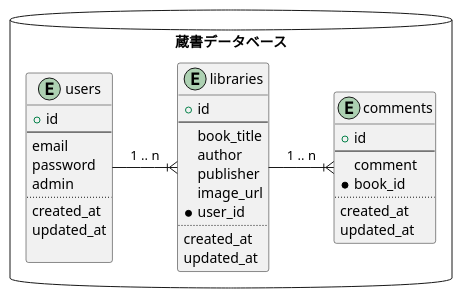
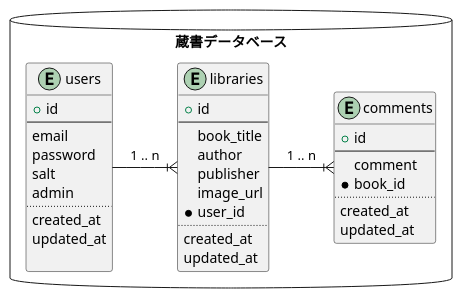
Before and after one commit to 40node/node006: the diagram in uml/er.pu, drawn with PlantUML. The commit also changed 4 other files, not shown here.

```diff
--- a/uml/er.pu
+++ b/uml/er.pu
@@ -1,38 +1,39 @@
 @startuml database
 package 蔵書データベース <<Database>> {
   entity users {
     + id
     --
     email
     password
+    salt
     admin
     ..
     created_at
     updated_at
 
   }
   entity libraries {
     + id
     --
     book_title
     author
     publisher
     image_url
     * user_id
     ..
     created_at
     updated_at
   }
   entity comments {
     + id
     --
     comment
     * book_id
     ..
     created_at
     updated_at
   }
 }
 users -ri-|{ libraries : 1 .. n
 libraries -ri-|{ comments : 1 .. n
 @enduml
```
